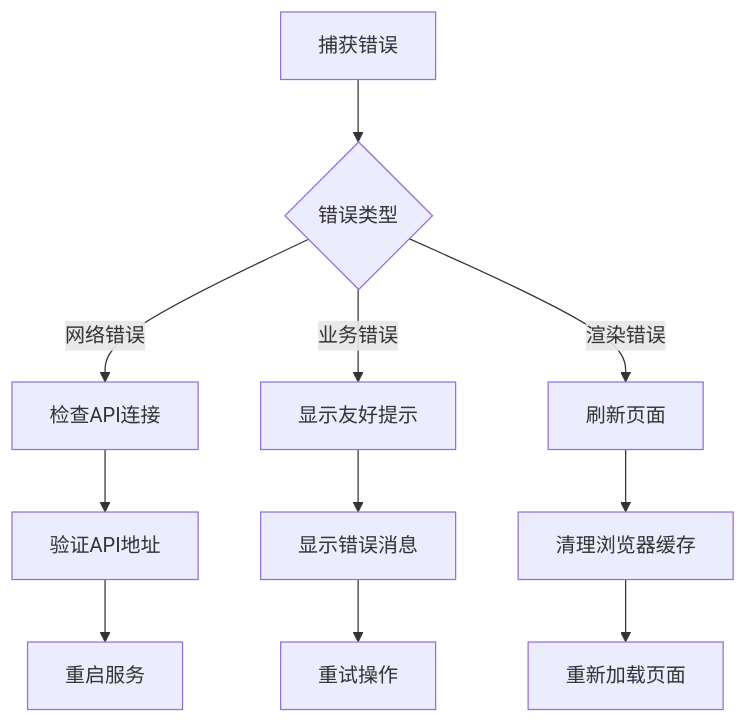
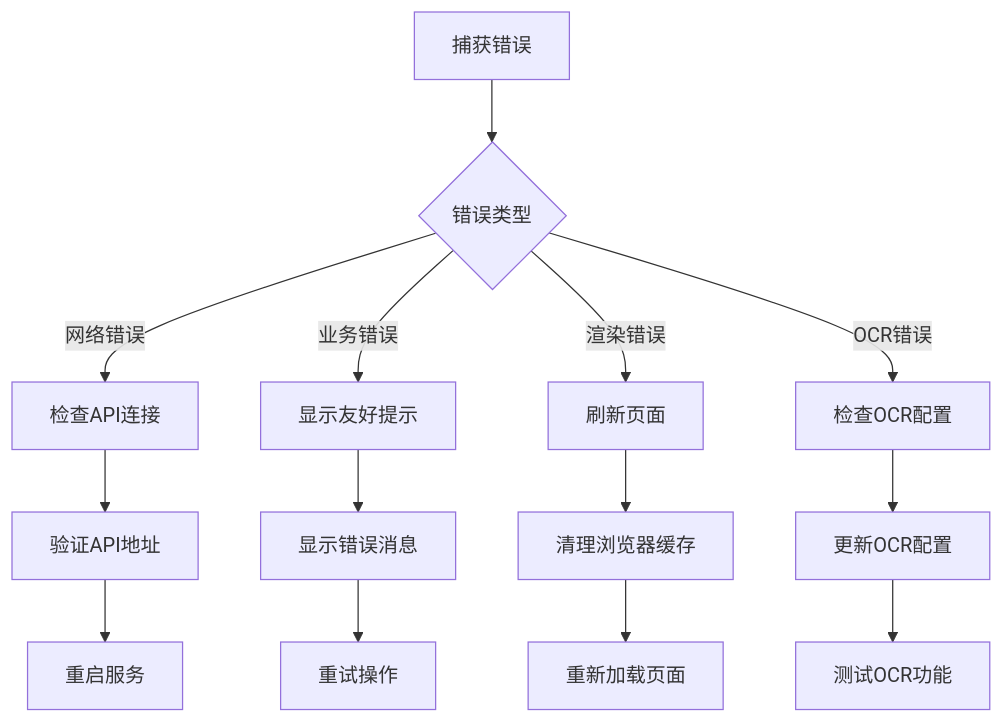
One commit to SimonWHL/math-learning changed the ninth of 9 diagrams in .qoder/repowiki/zh/content/项目结构/核心生成器.md. Above: the diagram before and after it, drawn with Mermaid. The commit also changed other lines of this file and 17 other files, not shown here.

````diff
--- a/.qoder/repowiki/zh/content/项目结构/核心生成器.md
+++ b/.qoder/repowiki/zh/content/项目结构/核心生成器.md
@@ -317,13 +397,16 @@
 ```mermaid
 flowchart TD
 Error[捕获错误] --> Type{错误类型}
 Type --> |网络错误| Network[检查API连接]
 Type --> |业务错误| Business[显示友好提示]
 Type --> |渲染错误| Render[刷新页面]
+Type --> |OCR错误| OCRFix[检查OCR配置]
 Network --> CheckAPI[验证API地址]
 CheckAPI --> Restart[重启服务]
 Business --> ShowMsg[显示错误消息]
 ShowMsg --> Retry[重试操作]
+OCRFix --> UpdateConfig[更新OCR配置]
+UpdateConfig --> TestOCR[测试OCR功能]
 Render --> ClearCache[清理浏览器缓存]
 ClearCache --> Reload[重新加载页面]
 ```
````
